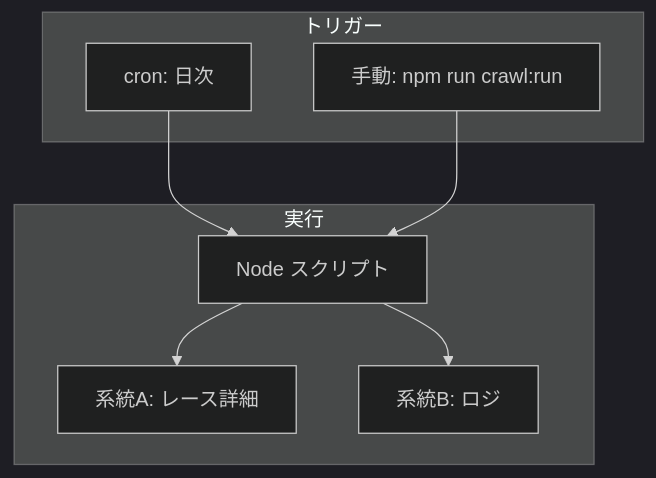
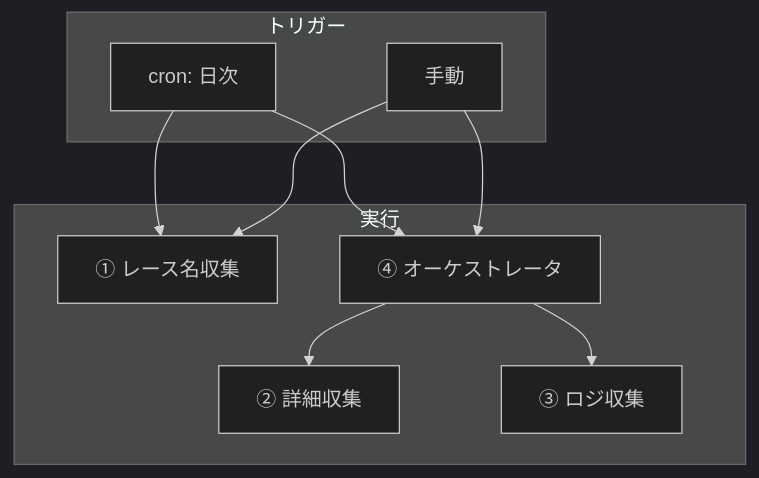
One commit to bokuno-studio/YabaiTravel changed the fifth of 5 diagrams in docs/SPEC_BACKEND_FLOW.md. Above: the diagram before and after it, drawn with Mermaid (dark theme). The commit also changed other lines of this file and 3 other files, not shown here.

First line of the commit message:
docs(#24): 4スクリプト構成に全面改訂（レース名収集/詳細収集/ロジ収集/オーケストレータ）

````diff
--- a/docs/SPEC_BACKEND_FLOW.md
+++ b/docs/SPEC_BACKEND_FLOW.md
@@ -201,14 +147,16 @@
 ```mermaid
 flowchart TB
     subgraph トリガー
         CRON[cron: 日次]
-        MANUAL[手動: npm run crawl:run]
+        MANUAL[手動]
     end
 
     subgraph 実行
-        CRON --> RUN[Node スクリプト]
-        MANUAL --> RUN
-        RUN --> RUN_A[系統A: レース詳細]
-        RUN --> RUN_B[系統B: ロジ]
+        CRON --> S1[① レース名収集]
+        MANUAL --> S1
+        CRON --> S4[④ オーケストレータ]
+        MANUAL --> S4
+        S4 --> S2[② 詳細収集]
+        S4 --> S3[③ ロジ収集]
     end
 ```
````
